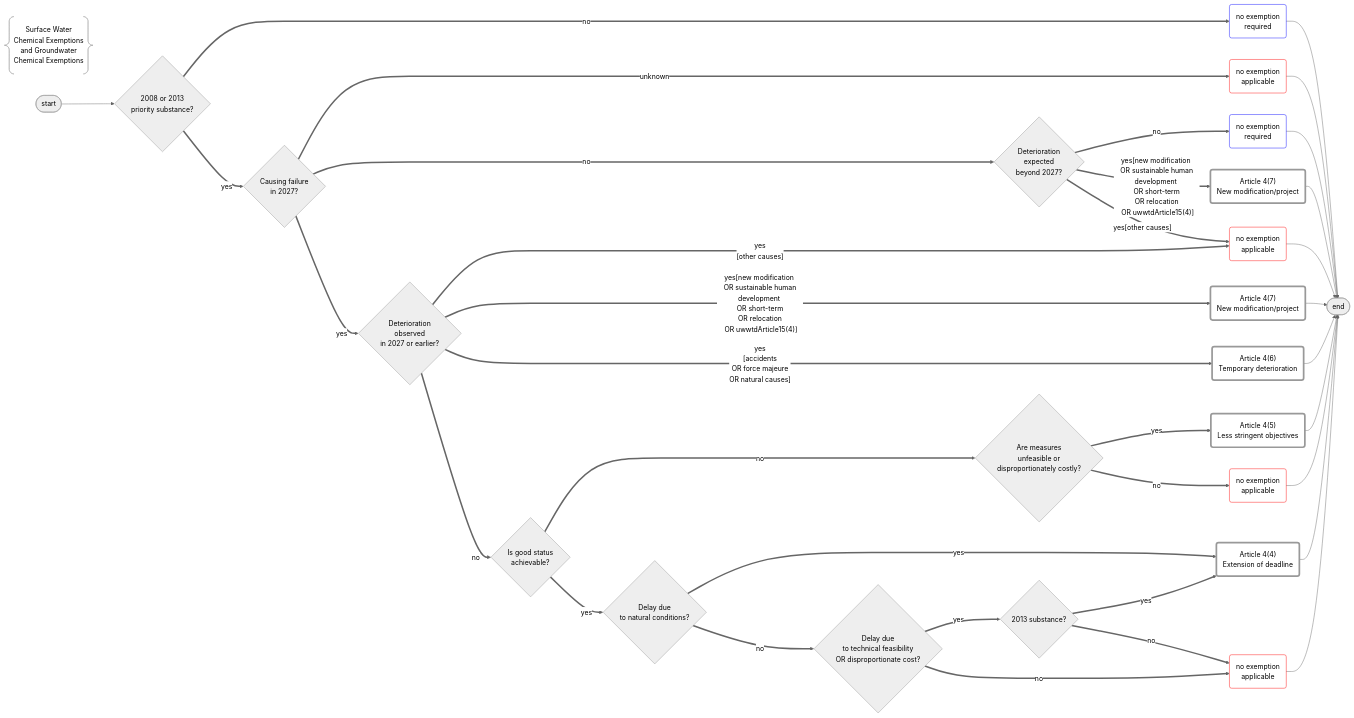
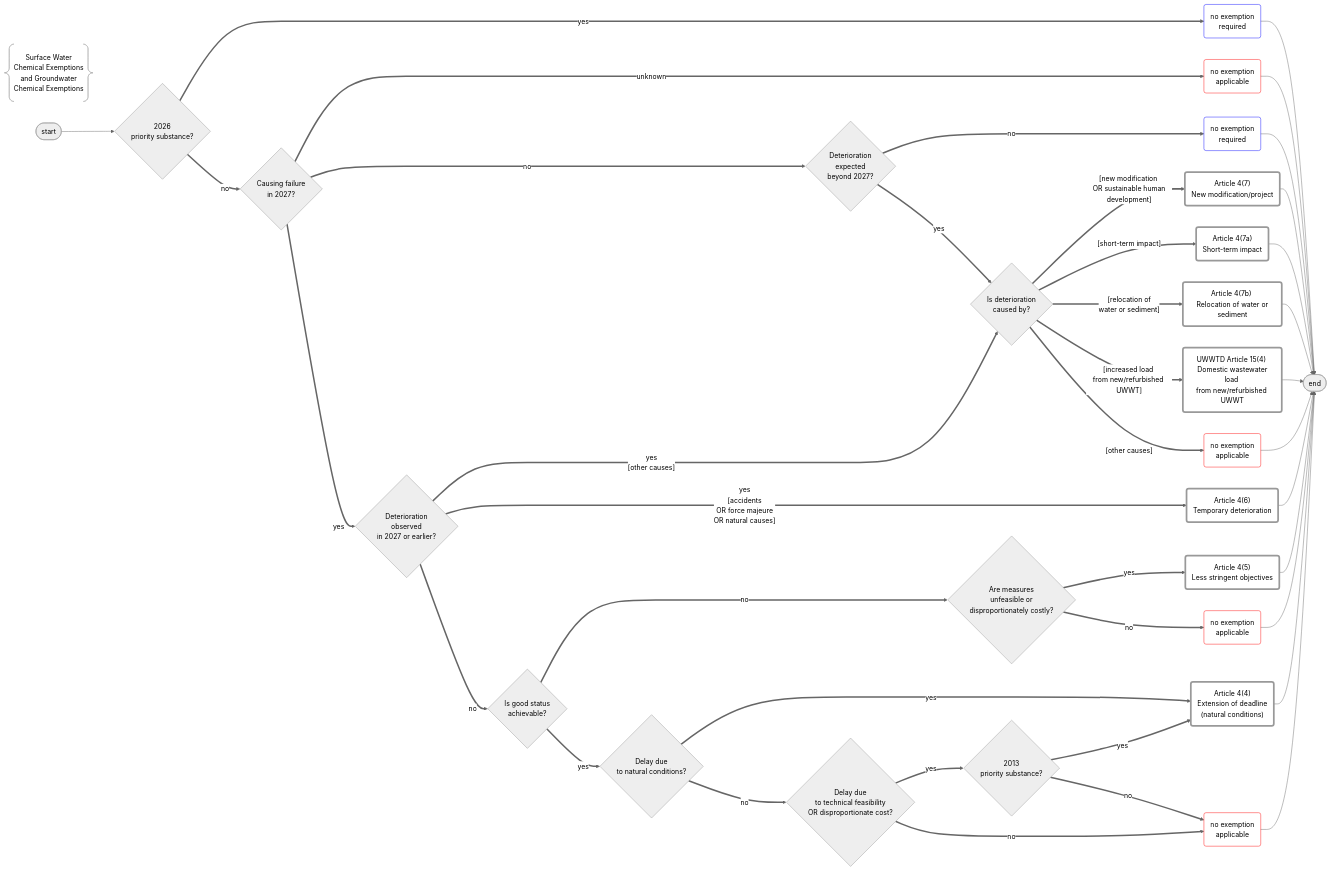
Before and after one commit to eeadata/WISE.WFD.Documentation: the diagram in docs/DataModelReview/mmd/Exemptions_4thCycle_ChemicalExemption_Flowchart.mmd, drawn with Mermaid. The commit also changed 6 other files, not shown here.

```diff
--- a/docs/DataModelReview/mmd/Exemptions_4thCycle_ChemicalExemption_Flowchart.mmd
+++ b/docs/DataModelReview/mmd/Exemptions_4thCycle_ChemicalExemption_Flowchart.mmd
@@ -1,103 +1,112 @@
 %%{init: {'theme': 'neutral'}}%%
 
 flowchart LR
 
 %% Surface Water Chemical Exemptions and Groundwater Chemical Exemptions
 title@{ shape: braces, label: "Surface Water <br/>Chemical Exemptions <br/>and Groundwater <br/>Chemical Exemptions" }
 
 %% Defining the nodes
 		
 initial([start])
 final([end])
 
 %% duplicate nodeS for just for flowchart readability
 hasNoApplicableExemption_1("no exemption <br/>required"):::stateBlue
 hasNoApplicableExemption_2("no exemption <br/>applicable"):::stateRed
 hasNoApplicableExemption_3("no exemption <br/>required"):::stateBlue
 hasNoApplicableExemption_4("no exemption <br/>applicable"):::stateRed
 hasNoApplicableExemption_5("no exemption <br/>applicable"):::stateRed
 hasNoApplicableExemption_6("no exemption <br/>applicable"):::stateRed
 
-hasExemption44("Article 4(4) <br/> Extension of deadline"):::state
+hasExemption44("Article 4(4) <br/> Extension of deadline <br/> (natural conditions)"):::state
 hasExemption45("Article 4(5) <br/> Less stringent objectives"):::state
 hasExemption46("Article 4(6) <br/> Temporary deterioration"):::state
 
-hasExemption47_1("Article 4(7) <br/> New modification/project"):::state
-hasExemption47_2("Article 4(7) <br/> New modification/project"):::state
+hasExemption47("Article 4(7) <br/> New modification/project"):::state
+hasExemption47a("Article 4(7a) <br/> Short-term impact"):::state
+hasExemption47b("Article 4(7b) <br/> Relocation of water or sediment"):::state
+hasExemption154("UWWTD Article 15(4) <br/> Domestic wastewater load <br/>from new/refurbished UWWT"):::state
 
 %% Defining the decisions
 
 %% WE NEED THE LISTS!
-is2026Substance{"2008 or 2013 <br/>priority substance?"}
-is2013Substance{"2013 substance?"}
+is2026Substance{"2026 <br/>priority substance?"}
+is2013Substance{"2013 <br/>priority substance?"}
 
 isCausingFailureIn2027{"Causing failure <br/> in 2027?"}
 isDeteriorationExpected{"Deterioration <br/>expected <br/> beyond 2027?"}
 isDeteriorationObserved{"Deterioration <br/>observed <br/> in 2027 or earlier?"}
+isDeteriorationCause{"Is deterioration <br/> caused by?"}
 isGoodStatusAchievable{"Is good status <br/> achievable?"}
 isUnfeasibleOrCostly{"Are measures <br/>unfeasible or <br/>disproportionately costly?"}
 isDelayDueToNaturalConditions{"Delay due <br/>to natural conditions?"}
 isDelayDueToFeasibilityOrCost{"Delay due <br/>to technical feasibility <br/>OR disproportionate cost?"}
 
 %% Flow to TERMINATORS
 
 initial --> is2026Substance
 hasNoApplicableExemption_1 --> final
 hasNoApplicableExemption_2 --> final
 hasNoApplicableExemption_3 --> final
 hasNoApplicableExemption_4 --> final
 hasNoApplicableExemption_5 --> final
 hasNoApplicableExemption_6 --> final
 
-hasExemption47_1 --> final 
-hasExemption47_2 --> final 
+hasExemption47 --> final 
+hasExemption47a --> final 
+hasExemption47b --> final 
+hasExemption154 --> final 
 hasExemption46 --> final 
 hasExemption45 --> final 
 hasExemption44 --> final 
 
 %% THE IMPORTANT PART STARTS HERE
 
 %% EXEMPTIONS DON'T APPLY TO 2026 SUBSTANCES
-is2026Substance ==> |no| hasNoApplicableExemption_1
-is2026Substance ==> |yes| isCausingFailureIn2027
+is2026Substance ==> |yes| hasNoApplicableExemption_1
+is2026Substance ==> |no| isCausingFailureIn2027
 
 %% NO EXEMPTION POSSIBLE - If the status is unknown, then exemptions cannot be reported
 isCausingFailureIn2027 ==> |unknown| hasNoApplicableExemption_2
 
 %% NO EXEMPTION NEEDED - if the status is not failing and no deterioration is expected, then no exemption is needed
 isCausingFailureIn2027 ==> |no| isDeteriorationExpected
 isDeteriorationExpected ==> |no| hasNoApplicableExemption_3
 
 %% ARTICLE 4(7) - DETERIORATION DUE TO NEW MODIFICATION OR PROJECT
-isDeteriorationExpected ==> |"yes[new modification <br/> OR sustainable human development <br/> OR short-term <br/> OR relocation <br/> OR uwwtdArticle15(4)]"|hasExemption47_1
-isDeteriorationExpected ==> |"yes[other causes]"|hasNoApplicableExemption_4
+isDeteriorationExpected ==> |yes|isDeteriorationCause
+
+isDeteriorationCause ==> |"[new modification <br/> OR sustainable human development]"|hasExemption47
+isDeteriorationCause ==> |"[short-term impact]"|hasExemption47a
+isDeteriorationCause ==> |"[relocation of <br/>water or sediment]"|hasExemption47b
+isDeteriorationCause ==> |"[increased load <br/>from new/refurbished UWWT]"|hasExemption154
+isDeteriorationCause ==> |"[other causes]"|hasNoApplicableExemption_4
 
 %% ARTICLE 4(6) - DETERIORATION DUE TO ACCIDENTS OR FORCE MAJEURE OR NATURAL CAUSES
 isCausingFailureIn2027 ==> |yes| isDeteriorationObserved
-isDeteriorationObserved ==>|"yes <br/>[other causes]"|hasNoApplicableExemption_4
-isDeteriorationObserved ==> |"yes[new modification <br/> OR sustainable human development <br/> OR short-term <br/> OR relocation <br/> OR uwwtdArticle15(4)]"|hasExemption47_2
-isDeteriorationObserved ==> |"yes <br/>[accidents <br/>OR force majeure <br/>OR natural causes]"| hasExemption46
-isDeteriorationObserved ==> |no| isGoodStatusAchievable
+isDeteriorationObserved ==>|"yes <br/>[other causes]"|isDeteriorationCause
+isDeteriorationObserved ==>|"yes <br/>[accidents <br/>OR force majeure <br/>OR natural causes]"|hasExemption46
+isDeteriorationObserved ==>|no|isGoodStatusAchievable
 
 %% ARTICLE 4(5) - LESS STRINGENT OBJECTIVES
 isGoodStatusAchievable ==>|no|isUnfeasibleOrCostly
 isUnfeasibleOrCostly ==> |yes|hasExemption45
 isUnfeasibleOrCostly ==> |no|hasNoApplicableExemption_5
 
 %% ARTICLE 4(4) EXTENSION OF DEADLINE - NATURAL CONDITIONS
 isGoodStatusAchievable ==> |yes| isDelayDueToNaturalConditions
 isDelayDueToNaturalConditions ==> |yes| hasExemption44
 
 %% ARTICLE 4(5) EXTENSION OF DEADLINE - FEASIBILITY OR COST - ONLY FOR 2013 SUBSTANCES
 isDelayDueToNaturalConditions ==> |no| isDelayDueToFeasibilityOrCost
 isDelayDueToFeasibilityOrCost ==> |yes| is2013Substance
 
 is2013Substance ==> |yes| hasExemption44
 is2013Substance ==> |no| hasNoApplicableExemption_6
 
 isDelayDueToFeasibilityOrCost ==> |no| hasNoApplicableExemption_6
 
 %% styling
 classDef state stroke-width:4px,fill:transparent
 classDef stateRed stroke:red,fill:transparent
 classDef stateBlue stroke:blue,fill:transparent
```
